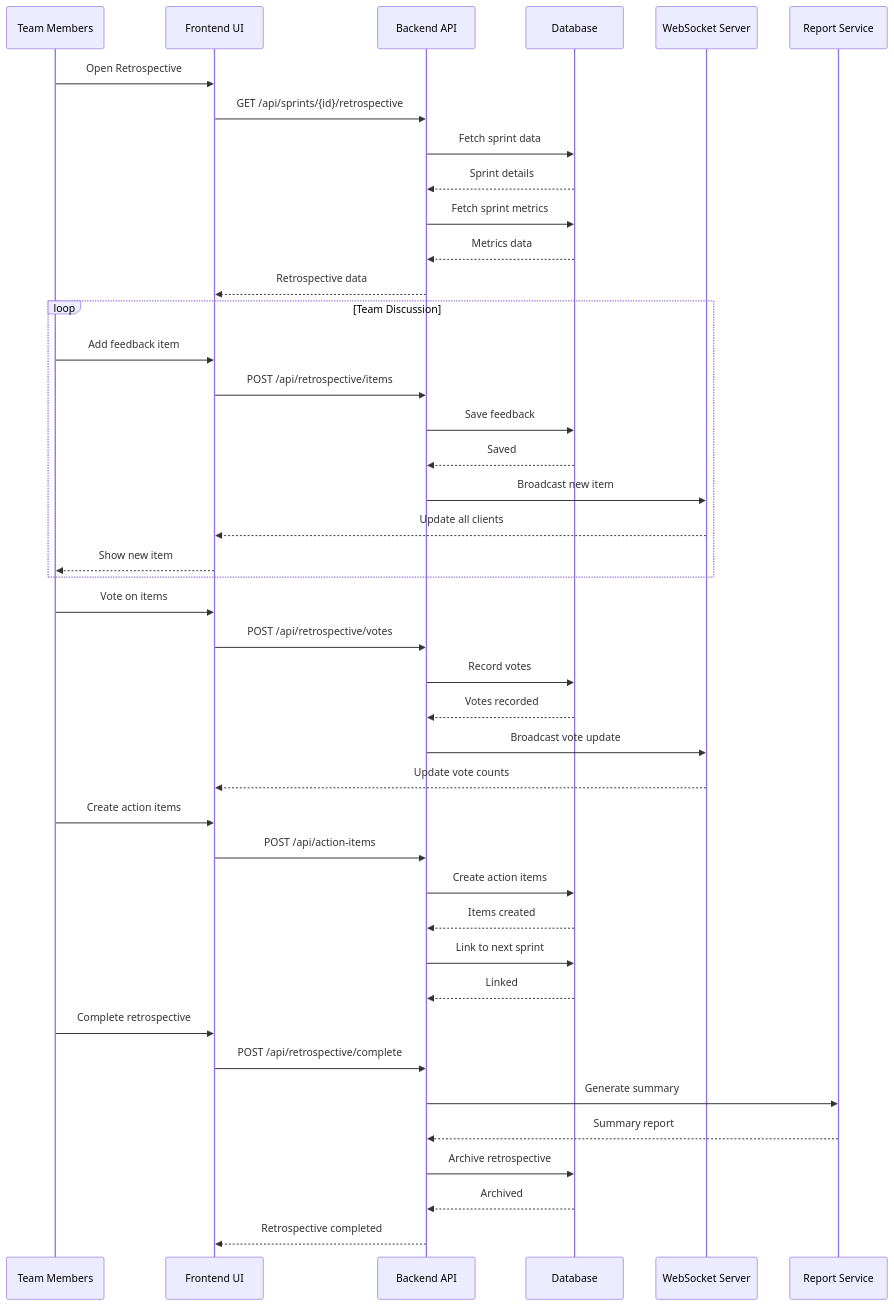
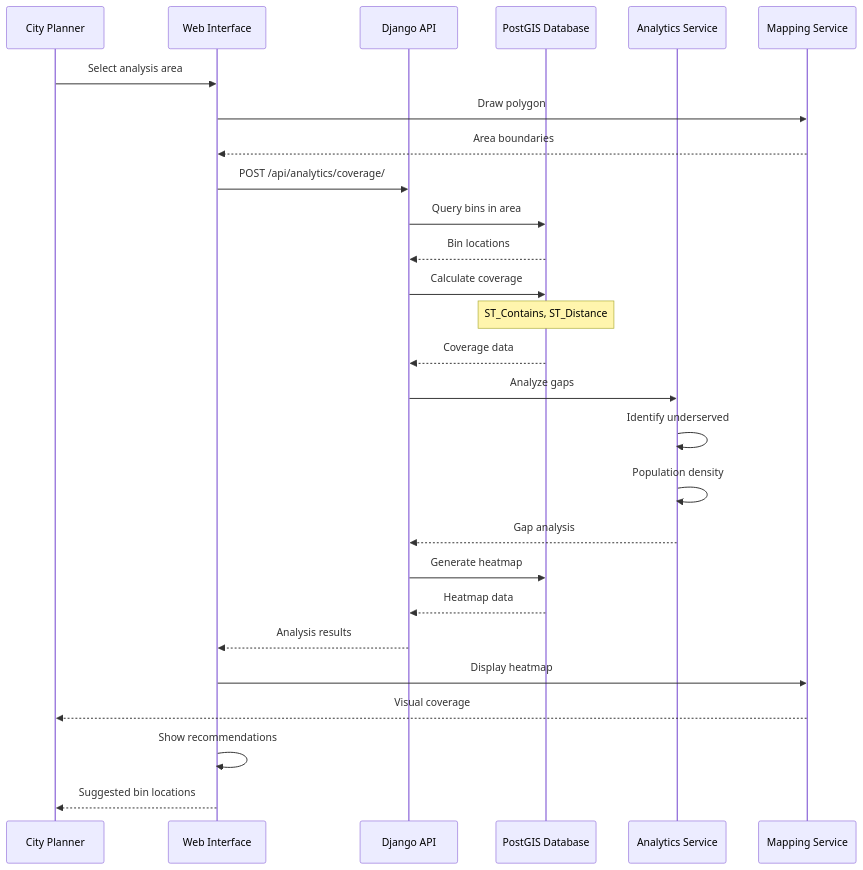
The tenth of 10 diagrams in documentation/diagrams/sequence-diagrams.md (Ellis-Ayikwei/waste-wise), drawn with Mermaid before and after one commit. The commit also changed other lines of this file and 5 other files, not shown here.

Commit message:
Update architecture docs for Wasgo smart waste management system

````diff
--- a/documentation/diagrams/sequence-diagrams.md
+++ b/documentation/diagrams/sequence-diagrams.md
@@ -429,49 +366,36 @@
 ```mermaid
 sequenceDiagram
-    participant Team as Team Members
-    participant UI as Frontend UI
-    participant API as Backend API
-    participant DB as Database
-    participant WS as WebSocket Server
-    participant Report as Report Service
+    participant Planner as City Planner
+    participant UI as Web Interface
+    participant API as Django API
+    participant GIS as PostGIS Database
+    participant Analytics as Analytics Service
+    participant Map as Mapping Service
 
-    Team->>UI: Open Retrospective
-    UI->>API: GET /api/sprints/{id}/retrospective
-    API->>DB: Fetch sprint data
-    DB-->>API: Sprint details
-    API->>DB: Fetch sprint metrics
-    DB-->>API: Metrics data
-    API-->>UI: Retrospective data
+    Planner->>UI: Select analysis area
+    UI->>Map: Draw polygon
+    Map-->>UI: Area boundaries
     
-    loop Team Discussion
-        Team->>UI: Add feedback item
-        UI->>API: POST /api/retrospective/items
-        API->>DB: Save feedback
-        DB-->>API: Saved
-        API->>WS: Broadcast new item
-        WS-->>UI: Update all clients
-        UI-->>Team: Show new item
-    end
+    UI->>API: POST /api/analytics/coverage/
+    API->>GIS: Query bins in area
+    GIS-->>API: Bin locations
     
-    Team->>UI: Vote on items
-    UI->>API: POST /api/retrospective/votes
-    API->>DB: Record votes
-    DB-->>API: Votes recorded
-    API->>WS: Broadcast vote update
-    WS-->>UI: Update vote counts
+    API->>GIS: Calculate coverage
+    Note over GIS: ST_Contains, ST_Distance
+    GIS-->>API: Coverage data
     
-    Team->>UI: Create action items
-    UI->>API: POST /api/action-items
-    API->>DB: Create action items
-    DB-->>API: Items created
-    API->>DB: Link to next sprint
-    DB-->>API: Linked
+    API->>Analytics: Analyze gaps
+    Analytics->>Analytics: Identify underserved
+    Analytics->>Analytics: Population density
+    Analytics-->>API: Gap analysis
     
-    Team->>UI: Complete retrospective
-    UI->>API: POST /api/retrospective/complete
-    API->>Report: Generate summary
-    Report-->>API: Summary report
-    API->>DB: Archive retrospective
-    DB-->>API: Archived
-    API-->>UI: Retrospective completed
+    API->>GIS: Generate heatmap
+    GIS-->>API: Heatmap data
+    
+    API-->>UI: Analysis results
+    UI->>Map: Display heatmap
+    Map-->>Planner: Visual coverage
+    
+    UI->>UI: Show recommendations
+    UI-->>Planner: Suggested bin locations
 ```
````
